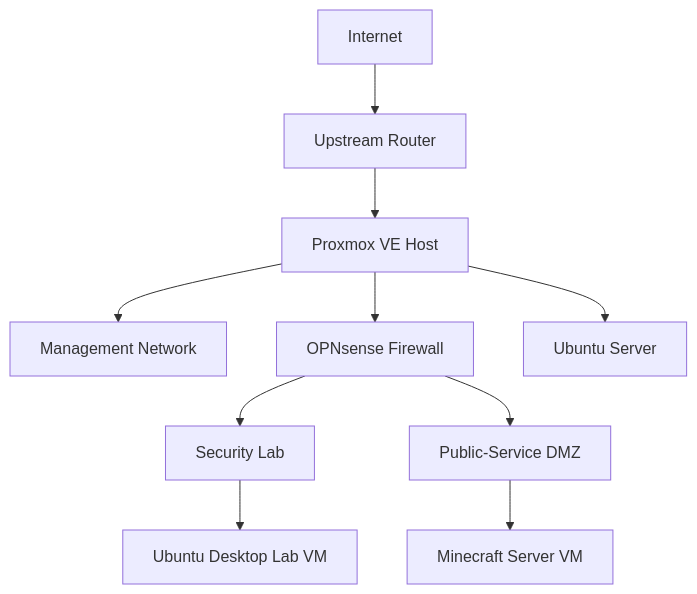
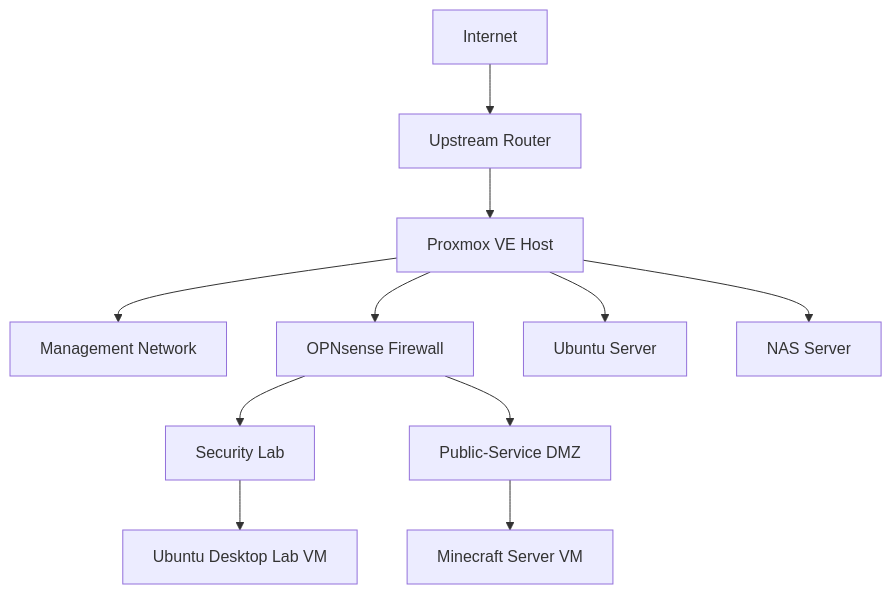
Before and after one commit to cowmoo03/homelab-infrastructure: the diagram in README.md, drawn with Mermaid. The commit also changed other lines of this file, not shown here.

Commit message:
Add NAS storage project to portfolio

````diff
--- a/README.md
+++ b/README.md
@@ -11,15 +11,16 @@
 ```mermaid
 flowchart TD
     Internet[Internet] --> Router[Upstream Router]
     Router --> PVE[Proxmox VE Host]
 
     PVE --> Mgmt[Management Network]
     PVE --> FW[OPNsense Firewall]
     PVE --> Linux[Ubuntu Server]
+    PVE --> NAS[NAS Server]
 
     FW --> SecLab[Security Lab]
     FW --> DMZ[Public-Service DMZ]
 
     SecLab --> Desktop[Ubuntu Desktop Lab VM]
     DMZ --> MC[Minecraft Server VM]
 ```
````
